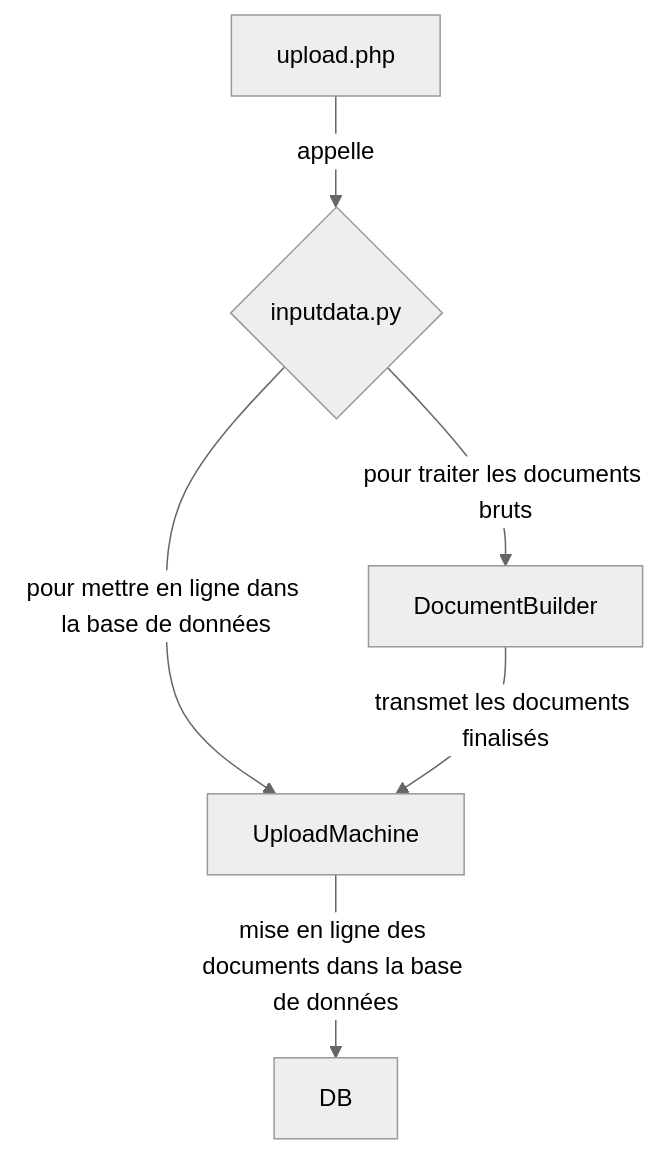
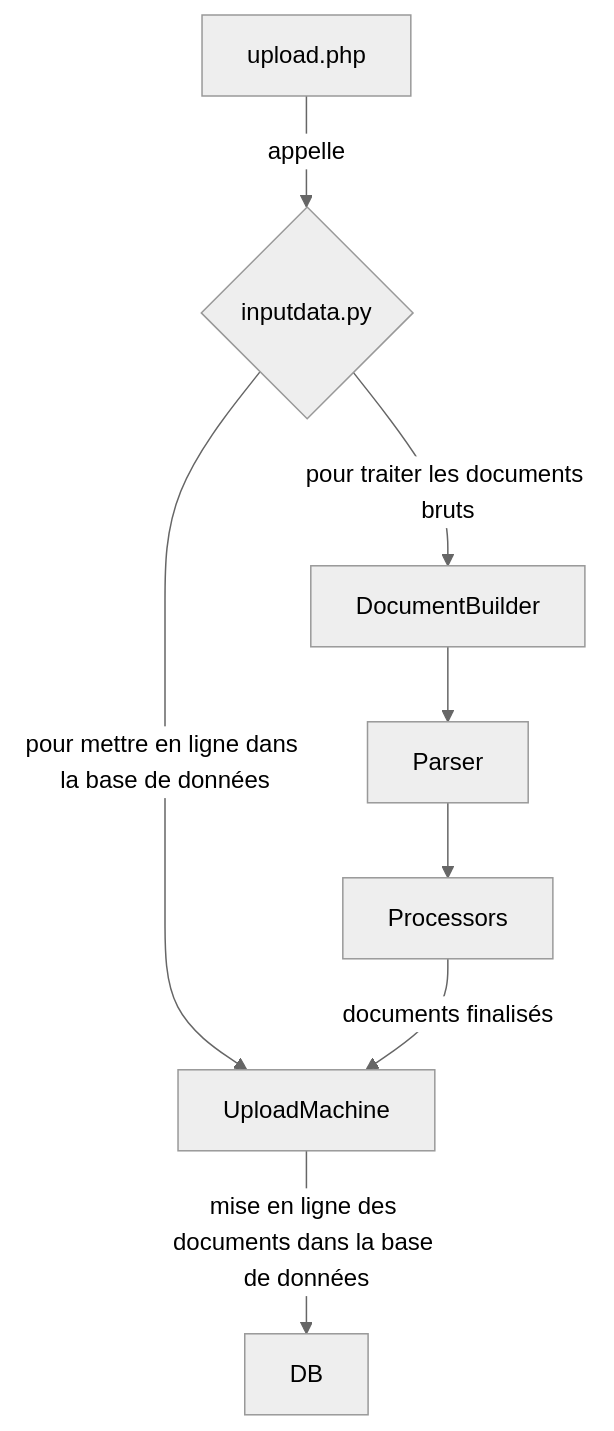
Before and after one commit to Jerem-dY/Jerine: the diagram in python/README.md, drawn with Mermaid (neutral theme). The commit also changed other lines of this file, not shown here.

````diff
--- a/python/README.md
+++ b/python/README.md
@@ -6,9 +6,11 @@
 ```mermaid
 flowchart TD
     upload[upload.php] --> |appelle| inputdata
     inputdata{inputdata.py}
     inputdata --> |pour mettre en ligne dans la base de données| UploadMachine
     inputdata --> |pour traiter les documents bruts| DocumentBuilder 
-    DocumentBuilder --> |transmet les documents finalisés| UploadMachine
+    DocumentBuilder --> Parser
+	Parser --> Processors
+	Processors --> |documents finalisés| UploadMachine
     UploadMachine --> |mise en ligne des documents dans la base de données| DB
 ```
````
